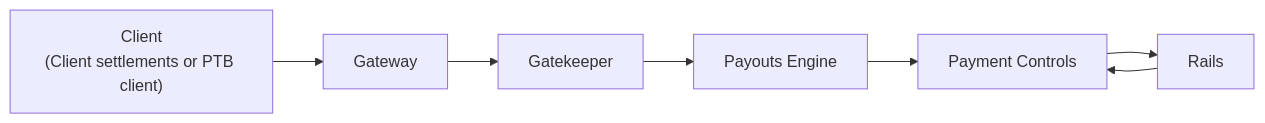
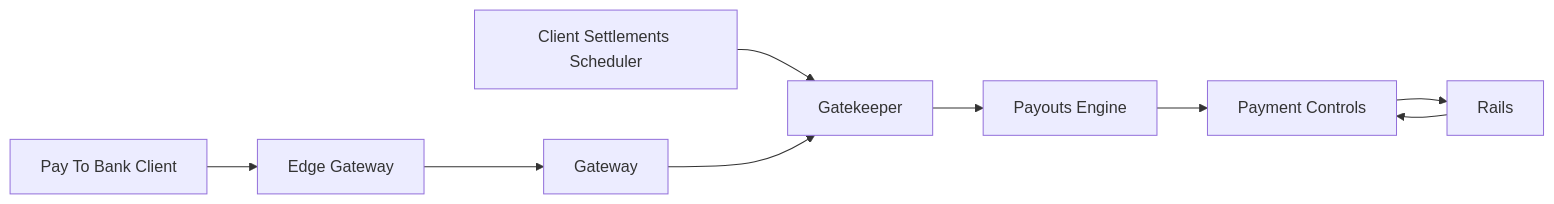
The diagram in emerging-products/bank-payouts/overview/overview.mmd (mark-gossa-cko/draft-docs), drawn with Mermaid before and after one commit.

Commit message:
Fixes BP overview

```diff
--- a/emerging-products/bank-payouts/overview/overview.mmd
+++ b/emerging-products/bank-payouts/overview/overview.mmd
@@ -1,14 +1,18 @@
 flowchart LR
-    Client["Client<br/>(Client settlements or PTB client)"]
+    Client["Client Settlements Scheduler"]
+    PTBClient["Pay To Bank Client"]
+    EdgeGateway["Edge Gateway"]
     Gateway["Gateway"]
     Gatekeeper["Gatekeeper"]
     PayoutsEngine["Payouts Engine"]
     PaymentControls["Payment Controls"]
     Rails["Rails"]
 
-    Client --> Gateway
+    Client --> Gatekeeper
+    PTBClient --> EdgeGateway
+    EdgeGateway --> Gateway
     Gateway --> Gatekeeper
     Gatekeeper --> PayoutsEngine
     PayoutsEngine --> PaymentControls
     PaymentControls --> Rails
     Rails --> PaymentControls
```
